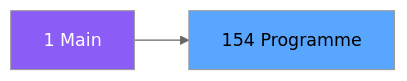
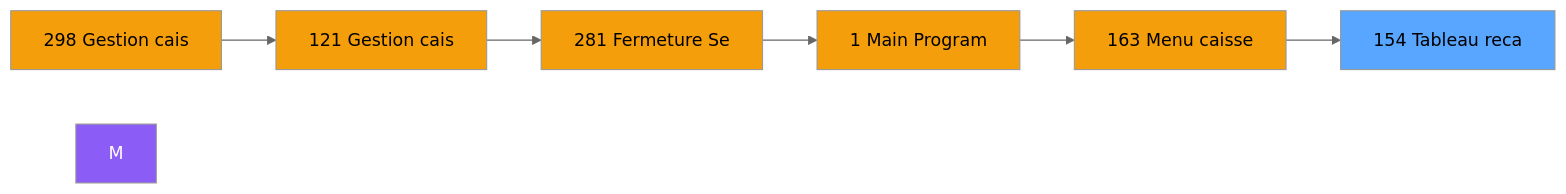
The second of 3 diagrams in .openspec/specs/ADH-IDE-154.md (thonyAGP/magic-migration), drawn with Mermaid (neutral theme) before and after one commit. The commit also changed other lines of this file and 323 other files, not shown here.

````diff
--- a/.openspec/specs/ADH-IDE-154.md
+++ b/.openspec/specs/ADH-IDE-154.md
@@ -130,8 +149,21 @@
 ```mermaid
 graph LR
-    M[1 Main]
-    T[154 Programme]
-    M --> T
+    N298[298 Gestion cais]
+    N121[121 Gestion cais]
+    N281[281 Fermeture Se]
+    N1[1 Main Program]
+    N163[163 Menu caisse ]
+    T[154 Tableau reca]
+    N298 --> N121
+    N121 --> N281
+    N281 --> N1
+    N1 --> N163
+    N163 --> T
     style M fill:#8b5cf6,color:#fff
+    style N298 fill:#f59e0b
+    style N121 fill:#f59e0b
+    style N281 fill:#f59e0b
+    style N1 fill:#f59e0b
+    style N163 fill:#f59e0b
     style T fill:#58a6ff,color:#000
 ```
````
